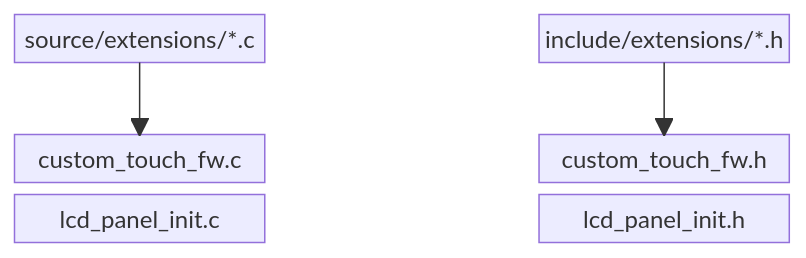
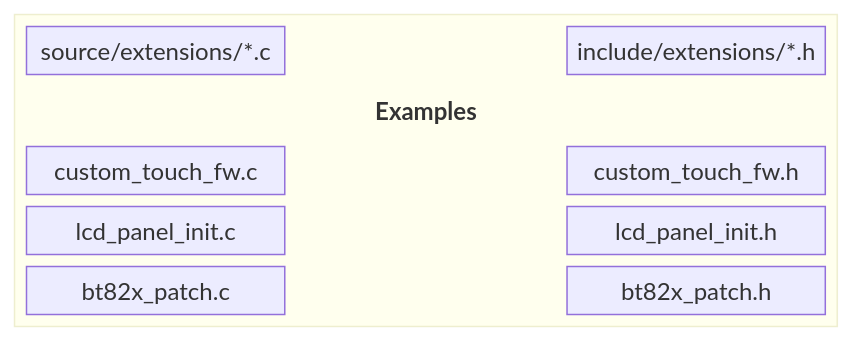
Before and after one commit to Bridgetek/Eve-MCU-Dev: the ninth of 11 diagrams in README.md, drawn with Mermaid. The commit also changed other lines of this file, not shown here.

````diff
--- a/README.md
+++ b/README.md
@@ -425,11 +459,18 @@
 ```mermaid
 block
   columns 3
-  A1["source/extensions/*.c"] space B1["include/extensions/*.h"]
-  space space space
-  C1["custom_touch_fw.c"] space C2["custom_touch_fw.h"]
-  D1["lcd_panel_init.c"] space D2["lcd_panel_init.h"]
 
-  A1 --> C1
-  B1 --> C2
+  block:EXTENSIONS[" "]:3
+    columns 3
+
+    A1["source/extensions/*.c"] space B1["include/extensions/*.h"]
+
+    EXAMPLES["<b>Examples</b>"]:3
+
+    C1["custom_touch_fw.c"] space C2["custom_touch_fw.h"]
+    D1["lcd_panel_init.c"]  space D2["lcd_panel_init.h"]
+    E1["bt82x_patch.c"]     space E2["bt82x_patch.h"]
+  end
+
+  style EXAMPLES fill:none,stroke:none
 ```
````
